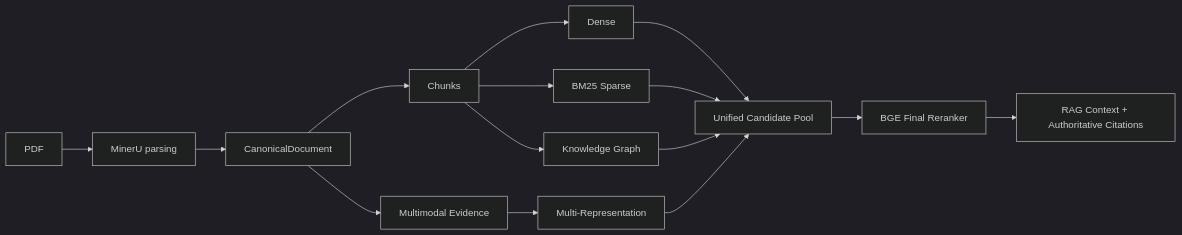
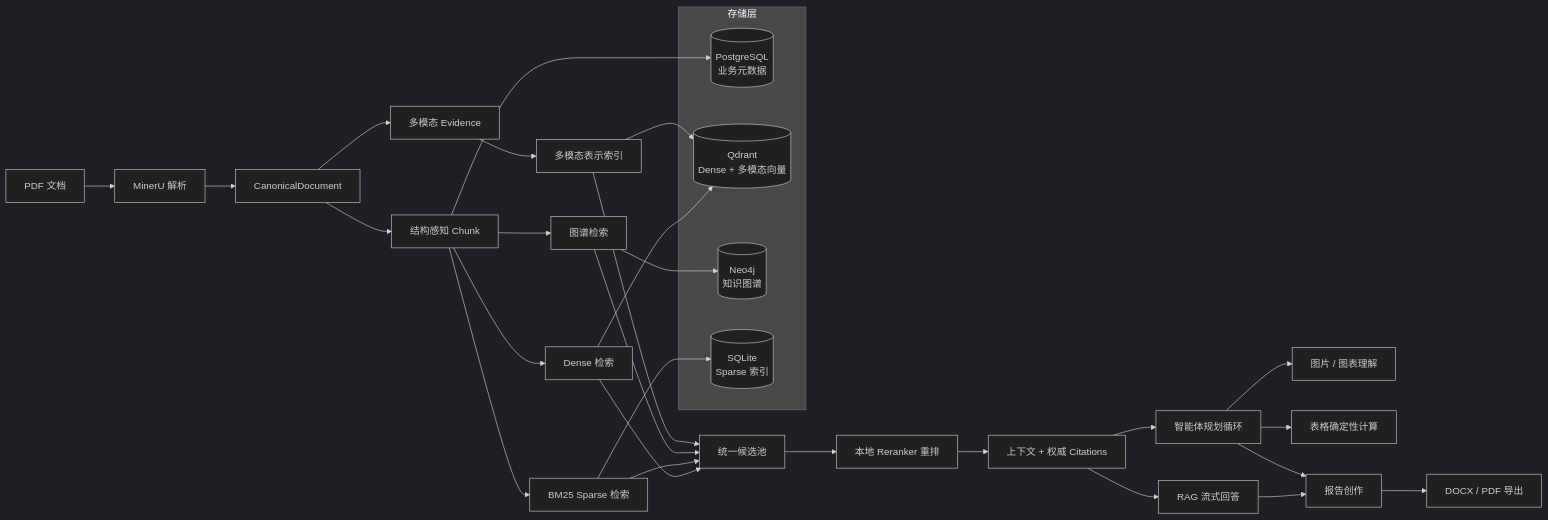
The diagram in README.md (hvqo/knowledge-scope), drawn with Mermaid (dark theme) before and after one commit. The commit also changed other lines of this file, not shown here.

````diff
--- a/README.md
+++ b/README.md
@@ -97,17 +54,39 @@
 ```mermaid
 flowchart LR
-    PDF["PDF"] --> Parsing["MinerU parsing"]
-    Parsing --> Canonical["CanonicalDocument"]
-    Canonical --> Chunks["Chunks"]
-    Canonical --> Evidence["Multimodal Evidence"]
-    Chunks --> Dense["Dense"]
-    Chunks --> Sparse["BM25 Sparse"]
-    Chunks --> Graph["Knowledge Graph"]
-    Evidence --> Multi["Multi-Representation"]
-    Dense --> Pool["Unified Candidate Pool"]
+    PDF["PDF 文档"] --> MinerU["MinerU 解析"]
+    MinerU --> Canonical["CanonicalDocument"]
+    Canonical --> Chunk["结构感知 Chunk"]
+    Canonical --> Evidence["多模态 Evidence"]
+
+    Chunk --> Dense["Dense 检索"]
+    Chunk --> Sparse["BM25 Sparse 检索"]
+    Chunk --> Graph["图谱检索"]
+    Evidence --> Reps["多模态表示索引"]
+
+    Dense --> Pool["统一候选池"]
     Sparse --> Pool
     Graph --> Pool
-    Multi --> Pool
-    Pool --> Reranker["BGE Final Reranker"]
-    Reranker --> RAG["RAG Context + Authoritative Citations"]
+    Reps --> Pool
+    Pool --> Rerank["本地 Reranker 重排"]
+
+    Rerank --> Citations["上下文 + 权威 Citations"]
+    Citations --> RAG["RAG 流式回答"]
+    Citations --> Agent["智能体规划循环"]
+    Agent --> Vision["图片 / 图表理解"]
+    Agent --> Table["表格确定性计算"]
+    RAG --> Report["报告创作"]
+    Agent --> Report
+    Report --> Export["DOCX / PDF 导出"]
+
+    subgraph Storage["存储层"]
+        PG[("PostgreSQL<br/>业务元数据")]
+        QD[("Qdrant<br/>Dense + 多模态向量")]
+        N4[("Neo4j<br/>知识图谱")]
+        SQ[("SQLite<br/>Sparse 索引")]
+    end
+    Chunk --> PG
+    Dense --> QD
+    Reps --> QD
+    Sparse --> SQ
+    Graph --> N4
 ```
````
